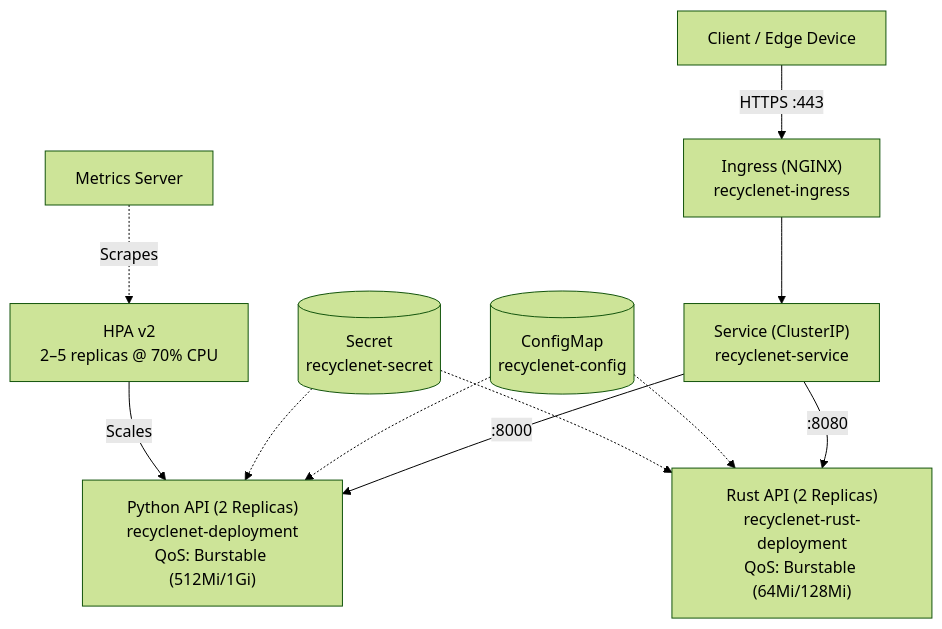
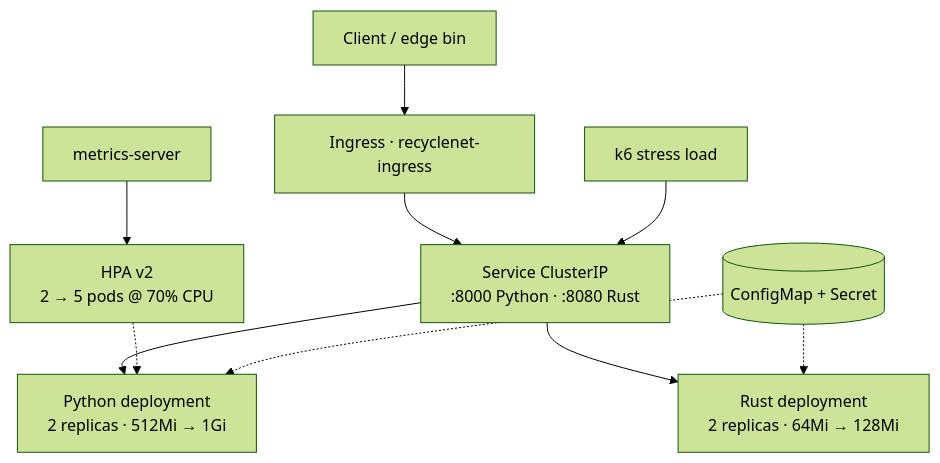
The third of 4 diagrams in README.md (PilotLeoYan/RecycleNet-K8s), drawn with Mermaid (forest theme) before and after one commit. The commit also changed other lines of this file, not shown here.

First line of the commit message:
docs(readme): rewrite README with phase diagrams and model results (#120)

````diff
--- a/README.md
+++ b/README.md
@@ -102,11 +104,12 @@
 ```mermaid
-flowchart TD
-    Client["Client / Edge Device"] -->|HTTPS :443| Ingress["Ingress (NGINX)<br/>recyclenet-ingress"]
-    Ingress --> Service["Service (ClusterIP)<br/>recyclenet-service"]
-    Service -->|:8000| PyPods["Python API (2 Replicas)<br/>recyclenet-deployment<br/>QoS: Burstable (512Mi/1Gi)"]
-    Service -->|:8080| RustPods["Rust API (2 Replicas)<br/>recyclenet-rust-deployment<br/>QoS: Burstable (64Mi/128Mi)"]
-    ConfigMap[("ConfigMap<br/>recyclenet-config")] -.-> PyPods & RustPods
-    Secret[("Secret<br/>recyclenet-secret")] -.-> PyPods & RustPods
-    HPA["HPA v2<br/>2–5 replicas @ 70% CPU"] -->|Scales| PyPods
-    MetricsServer["Metrics Server"] -.->|Scrapes| HPA
+flowchart TB
+    CLIENT["Client / edge bin"] --> ING["Ingress · recyclenet-ingress"]
+    ING --> SVC["Service ClusterIP<br/>:8000 Python · :8080 Rust"]
+    SVC --> PY["Python deployment<br/>2 replicas · 512Mi → 1Gi"]
+    SVC --> RUST["Rust deployment<br/>2 replicas · 64Mi → 128Mi"]
+    MS["metrics-server"] --> HPA["HPA v2<br/>2 → 5 pods @ 70% CPU"]
+    HPA -.-> PY
+    CFG[("ConfigMap + Secret")] -.-> PY
+    CFG -.-> RUST
+    K6["k6 stress load"] --> SVC
 ```
````
